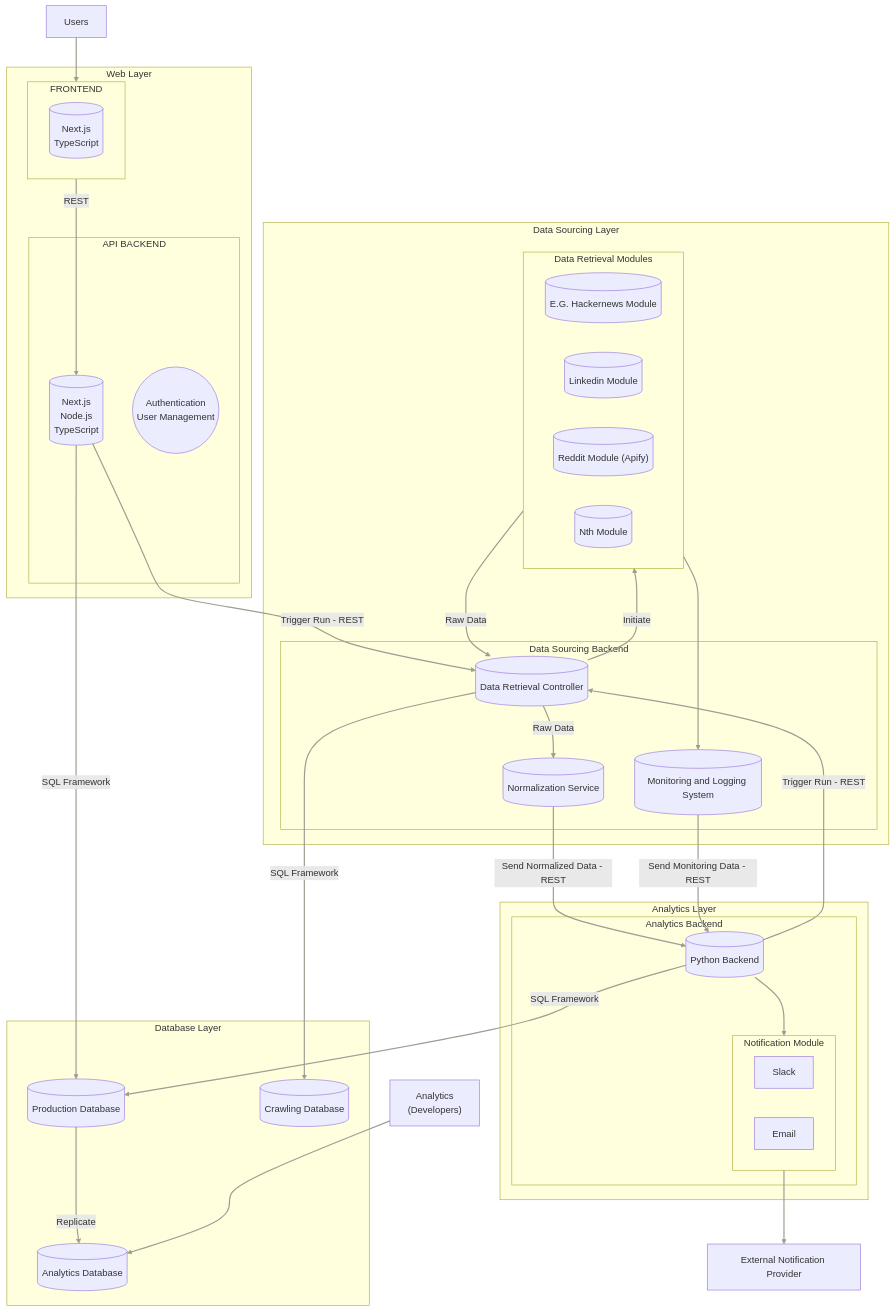
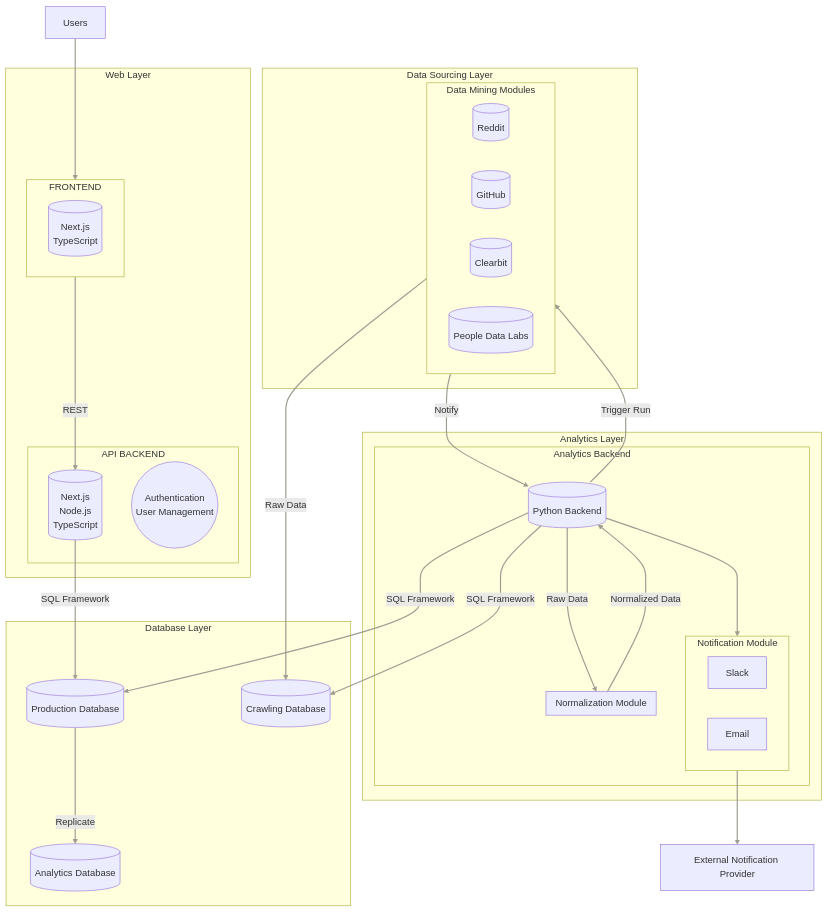
The first of 4 diagrams in README.md (la-famiglia-jst2324/parma-analytics), drawn with Mermaid before and after one commit. The commit also changed other lines of this file, not shown here.

Commit message:
update structure diagram mermaid

````diff
--- a/README.md
+++ b/README.md
@@ -16,4 +16,5 @@
 ```mermaid
+
 graph TD
 
         %% Subgraphs
@@ -44,6 +45,7 @@
 
     subgraph AnalyticsBackendContainer[Analytics Backend]
         AnalyticsRestBackend[("Python Backend")]
+        NormalizationService
         NotificationContainer
     end
 
@@ -52,22 +54,18 @@
         Email
     end
 
-    subgraph DataSourcingLayer[Data Sourcing Layer]
-        DataSourcingContainer
-        DataRetrievalModules
+    subgraph NormalizationService[Normalization Module]
     end
 
-    subgraph DataSourcingContainer[Data Sourcing Backend]
-        DataRetrievalController[("Data Retrieval Controller")]
-        NormalizationService[("Normalization Service")]
-        MonitoringAndLoggingSystem[("Monitoring and Logging System")]
+    subgraph DataSourcingLayer[Data Sourcing Layer]
+        DataMiningModules
     end
 
-    subgraph DataRetrievalModules[Data Retrieval Modules]
-        Module1[("E.G. Hackernews Module")]
-        Module2[("Linkedin Module")]
-        Module3[("Reddit Module (Apify)")]
-        ModuleN[("Nth Module")]
+    subgraph DataMiningModules[Data Mining Modules]
+        Module1[("Reddit")]
+        Module2[("GitHub")]
+        Module3[("Clearbit")]
+        ModuleN[("People Data Labs")]
     end
 
 
@@ -76,23 +74,19 @@
     FrontendContainer -->|REST| ApiRestBackend
     ApiRestBackend -->|SQL Framework| ProductionDatabase
     ProductionDatabase -->|Replicate| AnalyticsDatabase
-    AnalyticsDev["Analytics<br>(Developers)"] --> AnalyticsDatabase
+    %%AnalyticsDev["Analytics<br>(Developers)"] --> AnalyticsDatabase
     AnalyticsRestBackend -->|SQL Framework| ProductionDatabase
+    AnalyticsRestBackend -->|SQL Framework| CrawlingDatabase
     AnalyticsRestBackend --> NotificationContainer
     NotificationContainer --> ExternalNotificationProvider["External Notification Provider"]
-    DataRetrievalController -->|SQL Framework| CrawlingDatabase
-    ApiRestBackend -->|Trigger Run - REST| DataRetrievalController
-    AnalyticsRestBackend -->|Trigger Run - REST| DataRetrievalController
-    DataRetrievalController -->|Initiate| DataRetrievalModules
-    DataRetrievalModules -->|Raw Data| DataRetrievalController
-    DataRetrievalController -->|Raw Data| NormalizationService
-    NormalizationService -->|Send Normalized Data - REST| AnalyticsRestBackend
-    DataRetrievalModules --> MonitoringAndLoggingSystem
-    MonitoringAndLoggingSystem -->|Send Monitoring Data - REST| AnalyticsRestBackend
+    AnalyticsRestBackend -->|Trigger Run| DataMiningModules
+    DataMiningModules -->|Notify| AnalyticsRestBackend
 
-        %% Link Styles
+    DataMiningModules -->|Raw Data| CrawlingDatabase
+    AnalyticsRestBackend -->|Raw Data| NormalizationService
+    NormalizationService -->|Normalized Data| AnalyticsRestBackend
+
+
+%% Link Styles
     linkStyle default stroke:#9E9D91,stroke-width:2px;
-    %%linkStyle 5 stroke:#black,stroke-width:3px;
-    %%linkStyle 9 stroke:#black,stroke-width:3px;
-    %%linkStyle 10 stroke:#black,stroke-width:3px;
 ```
````
